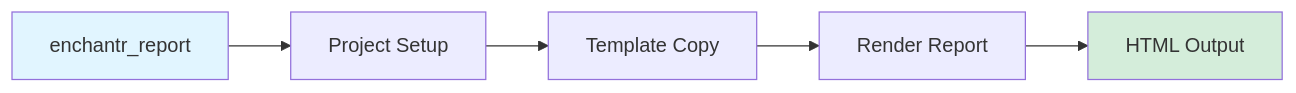
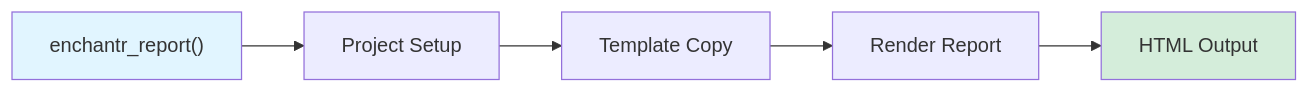
The diagram in docs/developer-guide.md (immcantation/enchantr), drawn with Mermaid before and after one commit. The commit also changed other lines of this file and 2 other files, not shown here.

````diff
--- a/docs/developer-guide.md
+++ b/docs/developer-guide.md
@@ -9,10 +9,10 @@
 ```mermaid
 flowchart LR
-    A[enchantr_report] --> B[Project Setup]
-    B --> C[Template Copy]
-    C --> D[Render Report]
-    D --> E[HTML Output]
+    A["enchantr_report()"] --> B["Project Setup"]
+    B --> C["Template Copy"]
+    C --> D["Render Report"]
+    D --> E["HTML Output"]
     
     style A fill:#e1f5ff
     style E fill:#d4edda
 ```
````
